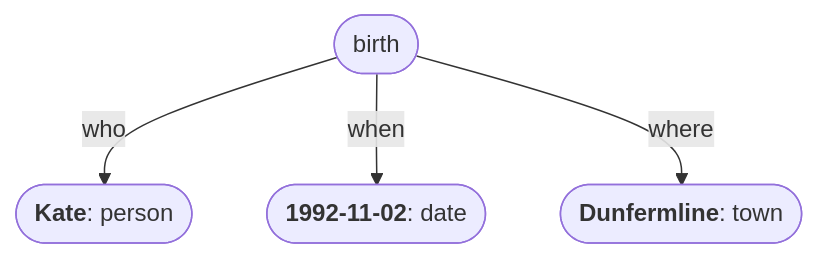
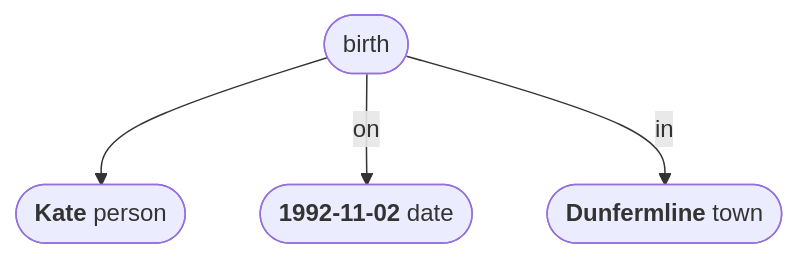
One commit to conmaol/maglocunus changed the first of 9 diagrams in d/data.md. Above: the diagram before and after it, drawn with Mermaid. The commit also changed other lines of this file, not shown here.

First line of the commit message:
Refactor mermaid diagrams and enhance descriptions

````diff
--- a/d/data.md
+++ b/d/data.md
@@ -11,10 +11,10 @@
 ```mermaid
 flowchart TD
     a([birth])
-    b(["`**Kate**: person`"])
-    c(["`**1992-11-02**: date`"])
-    d(["`**Dunfermline**: town`"])
-    a -- who --> b
-    a -- when --> c
-    a -- where --> d
+    b(["`**Kate** person`"])
+    c(["`**1992-11-02** date`"])
+    d(["`**Dunfermline** town`"])
+    a --> b
+    a -- on --> c
+    a -- in --> d
 ```
````
